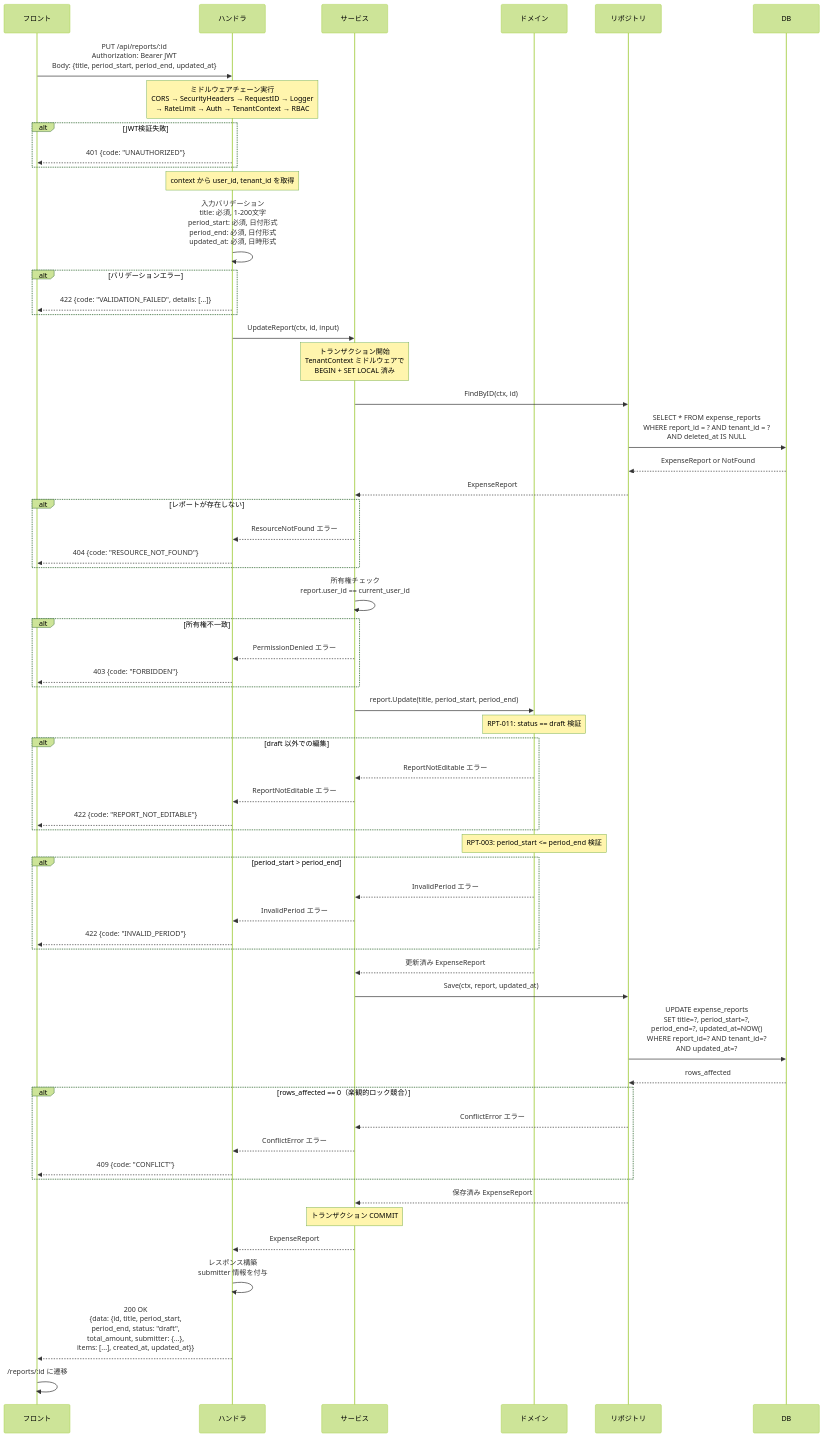
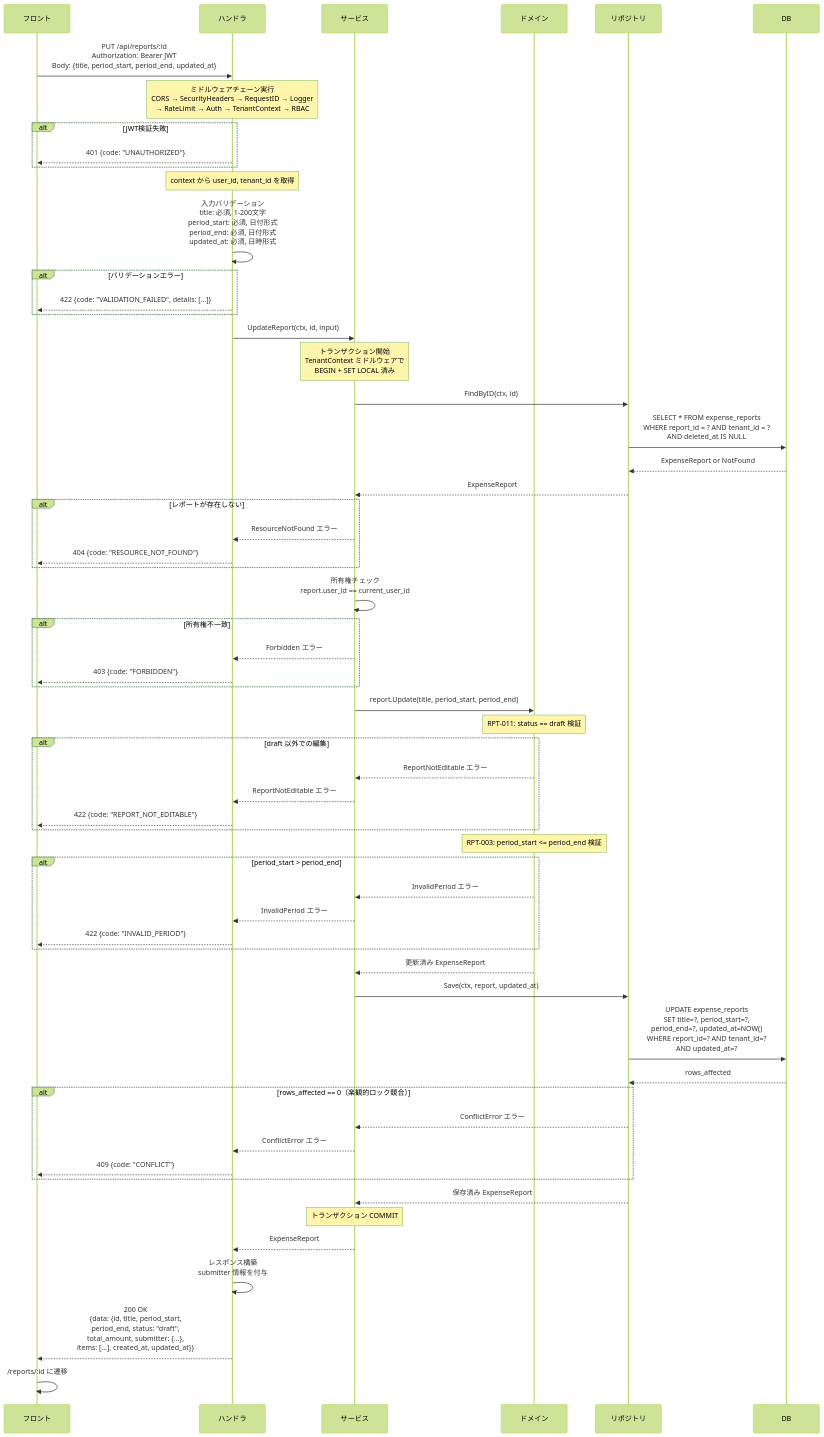
The diagram in deliverables/docs/50_detail_design/screens/report-edit.md (atsuro128/dev-journal), drawn with Mermaid (forest theme) before and after one commit. The commit also changed 9 other files, not shown here.

First line of the commit message:
fix: PERMISSION_DENIED を FORBIDDEN に統一（review-finding 051・上流 RBC-004 準拠）

````diff
--- a/deliverables/docs/50_detail_design/screens/report-edit.md
+++ b/deliverables/docs/50_detail_design/screens/report-edit.md
@@ -203,82 +203,82 @@
 ```mermaid
 sequenceDiagram
     participant F as フロント
     participant H as ハンドラ
     participant S as サービス
     participant D as ドメイン
     participant R as リポジトリ
     participant DB as DB
 
     F->>H: PUT /api/reports/:id<br/>Authorization: Bearer JWT<br/>Body: {title, period_start, period_end, updated_at}
 
     Note over H: ミドルウェアチェーン実行<br/>CORS → SecurityHeaders → RequestID → Logger<br/>→ RateLimit → Auth → TenantContext → RBAC
 
     alt JWT検証失敗
         H-->>F: 401 {code: "UNAUTHORIZED"}
     end
 
     Note over H: context から user_id, tenant_id を取得
     H->>H: 入力バリデーション<br/>title: 必須, 1-200文字<br/>period_start: 必須, 日付形式<br/>period_end: 必須, 日付形式<br/>updated_at: 必須, 日時形式
 
     alt バリデーションエラー
         H-->>F: 422 {code: "VALIDATION_FAILED", details: [...]}
     end
 
     H->>S: UpdateReport(ctx, id, input)
     Note over S: トランザクション開始<br/>TenantContext ミドルウェアで<br/>BEGIN + SET LOCAL 済み
 
     S->>R: FindByID(ctx, id)
     R->>DB: SELECT * FROM expense_reports<br/>WHERE report_id = ? AND tenant_id = ?<br/>AND deleted_at IS NULL
     DB-->>R: ExpenseReport or NotFound
     R-->>S: ExpenseReport
 
     alt レポートが存在しない
         S-->>H: ResourceNotFound エラー
         H-->>F: 404 {code: "RESOURCE_NOT_FOUND"}
     end
 
     S->>S: 所有権チェック<br/>report.user_id == current_user_id
 
     alt 所有権不一致
-        S-->>H: PermissionDenied エラー
+        S-->>H: Forbidden エラー
         H-->>F: 403 {code: "FORBIDDEN"}
     end
 
     S->>D: report.Update(title, period_start, period_end)
 
     Note over D: RPT-011: status == draft 検証
     alt draft 以外での編集
         D-->>S: ReportNotEditable エラー
         S-->>H: ReportNotEditable エラー
         H-->>F: 422 {code: "REPORT_NOT_EDITABLE"}
     end
 
     Note over D: RPT-003: period_start <= period_end 検証
     alt period_start > period_end
         D-->>S: InvalidPeriod エラー
         S-->>H: InvalidPeriod エラー
         H-->>F: 422 {code: "INVALID_PERIOD"}
     end
 
     D-->>S: 更新済み ExpenseReport
 
     S->>R: Save(ctx, report, updated_at)
     R->>DB: UPDATE expense_reports<br/>SET title=?, period_start=?,<br/>period_end=?, updated_at=NOW()<br/>WHERE report_id=? AND tenant_id=?<br/>AND updated_at=?
     DB-->>R: rows_affected
 
     alt rows_affected == 0（楽観的ロック競合）
         R-->>S: ConflictError エラー
         S-->>H: ConflictError エラー
         H-->>F: 409 {code: "CONFLICT"}
     end
 
     R-->>S: 保存済み ExpenseReport
 
     Note over S: トランザクション COMMIT
 
     S-->>H: ExpenseReport
     H->>H: レスポンス構築<br/>submitter 情報を付与
     H-->>F: 200 OK<br/>{data: {id, title, period_start,<br/>period_end, status: "draft",<br/>total_amount, submitter: {...},<br/>items: [...], created_at, updated_at}}
 
     F->>F: /reports/:id に遷移
 ```
````
